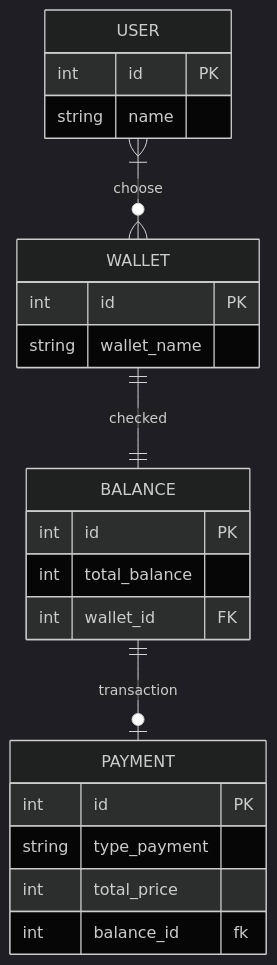
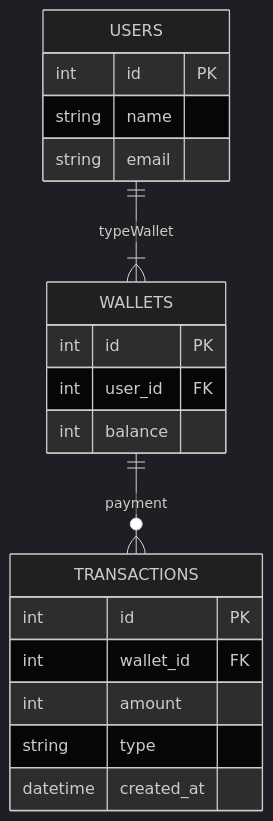
The diagram in MINITASK2.md (VirgilIw/koda-b5-db2), drawn with Mermaid (dark theme) before and after one commit.

Commit message:
Revise ER diagram in MINITASK2.md
Updated the entity-relationship diagram to reflect changes in relationships and removed the PAYMENT entity.

````diff
--- a/MINITASK2.md
+++ b/MINITASK2.md
@@ -3,31 +3,28 @@
 ```mermaid
 erDiagram
 
-USER {
+USERS {
     int id PK
     string name
+    string email
 }
 
-WALLET{
+WALLETS {
     int id PK
-    string wallet_name
+    int user_id FK
+    int balance
 }
 
-BALANCE{
+TRANSACTIONS {
     int id PK
-    int total_balance
     int wallet_id FK
+    int amount
+    string type
+    datetime created_at
 }
 
-PAYMENT {
-    int id PK
-    string type_payment
-    int total_price
-    int balance_id fk
-}
+USERS ||--|{ WALLETS : typeWallet
+WALLETS ||--o{ TRANSACTIONS : payment
 
-USER }|--o{WALLET : choose
-WALLET||--||BALANCE : checked
-BALANCE ||--o|PAYMENT : transaction
 
 ```
````
